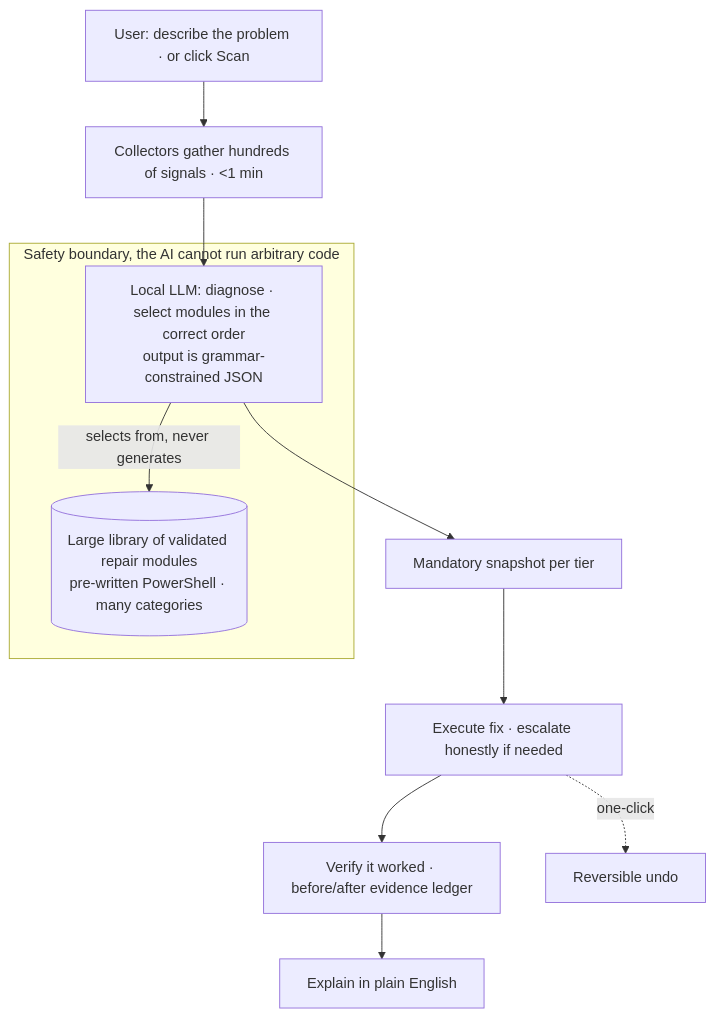
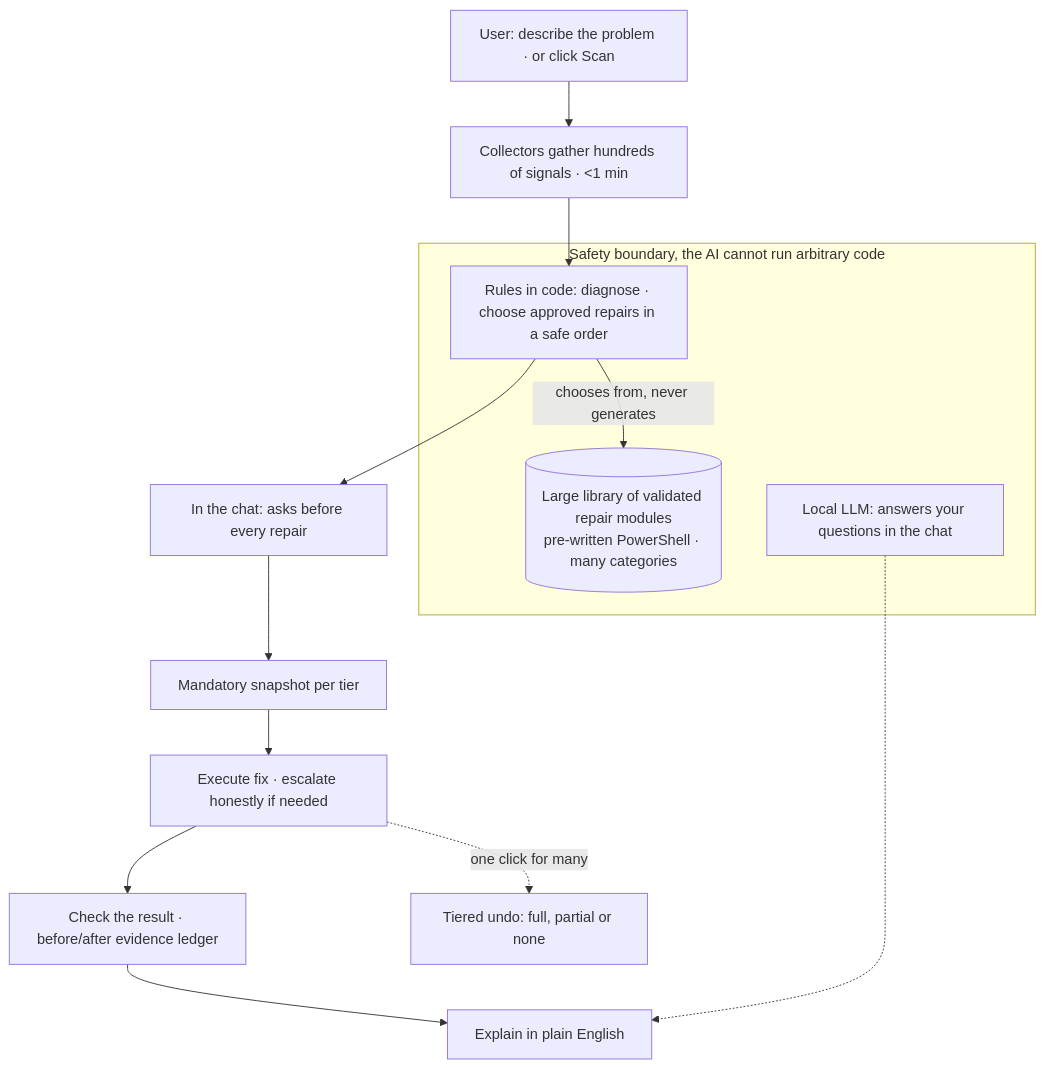
One commit to SFX-TECH/simplefixai-showcase changed the diagram in README.md. Above: the diagram before and after it, drawn with Mermaid. The commit also changed other lines of this file, not shown here.

````diff
--- a/README.md
+++ b/README.md
@@ -67,15 +67,18 @@
 ```mermaid
 flowchart TD
     U["User: describe the problem · or click Scan"] --> C["Collectors gather hundreds of signals · &lt;1 min"]
-    C --> AI["Local LLM: diagnose · select modules in the correct order<br/>output is grammar-constrained JSON"]
-    AI -->|selects from, never generates| LIB[("Large library of validated repair modules<br/>pre-written PowerShell · many categories")]
-    AI --> SNAP["Mandatory snapshot per tier"]
+    C --> R["Rules in code: diagnose · choose approved repairs in a safe order"]
+    R -->|chooses from, never generates| LIB[("Large library of validated repair modules<br/>pre-written PowerShell · many categories")]
+    R --> ASK["In the chat: asks before every repair"]
+    ASK --> SNAP["Mandatory snapshot per tier"]
     SNAP --> EXE["Execute fix · escalate honestly if needed"]
-    EXE --> V["Verify it worked · before/after evidence ledger"]
+    EXE --> V["Check the result · before/after evidence ledger"]
     V --> EXP["Explain in plain English"]
-    EXE -. one-click .-> UNDO["Reversible undo"]
+    AI["Local LLM: answers your questions in the chat"] -.-> EXP
+    EXE -. one click for many .-> UNDO["Tiered undo: full, partial or none"]
     subgraph SB ["Safety boundary, the AI cannot run arbitrary code"]
+      R
       AI
       LIB
     end
 ```
````
